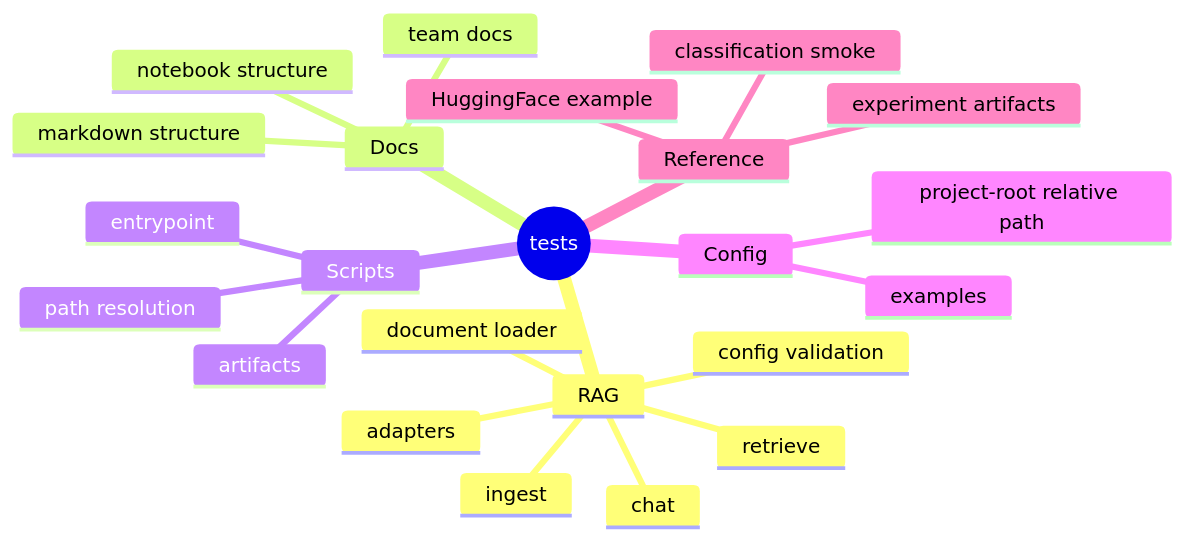
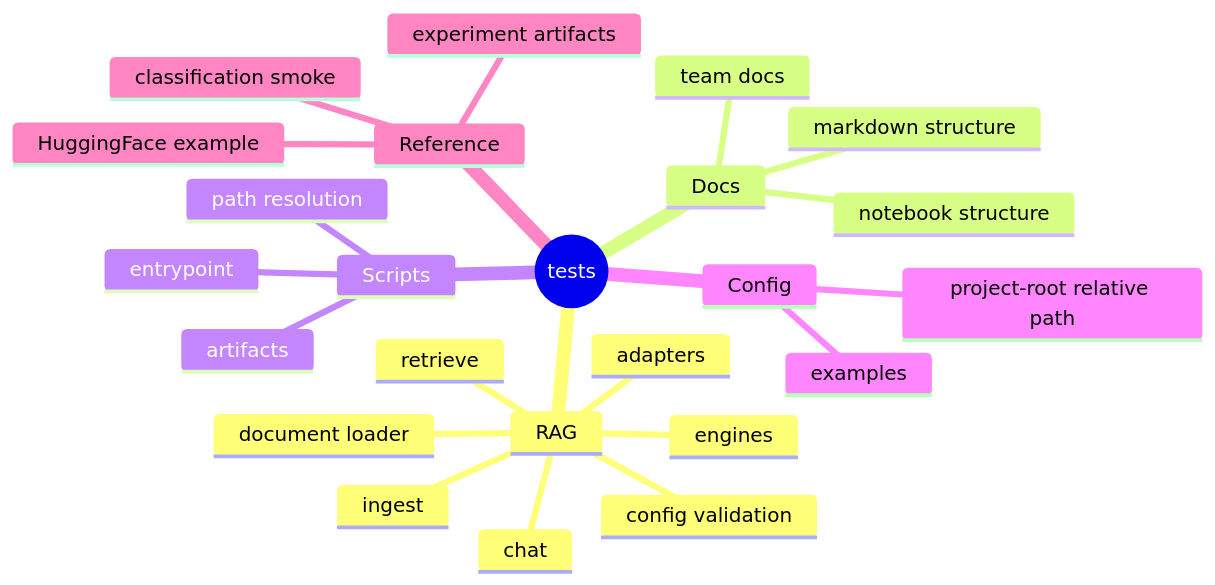
Before and after one commit to Codeit-Part3-6Team/Codeit-Part3-6Team-Project: the diagram in tests/README.md, drawn with Mermaid. The commit also changed other lines of this file and 18 other files, not shown here.

````diff
--- a/tests/README.md
+++ b/tests/README.md
@@ -8,26 +8,27 @@
 ```mermaid
 mindmap
   root((tests))
     RAG
       config validation
       document loader
+      engines
       ingest
       retrieve
       chat
       adapters
     Docs
       team docs
       markdown structure
       notebook structure
     Scripts
       entrypoint
       path resolution
       artifacts
     Config
       project-root relative path
       examples
     Reference
       classification smoke
       HuggingFace example
       experiment artifacts
 ```
````
